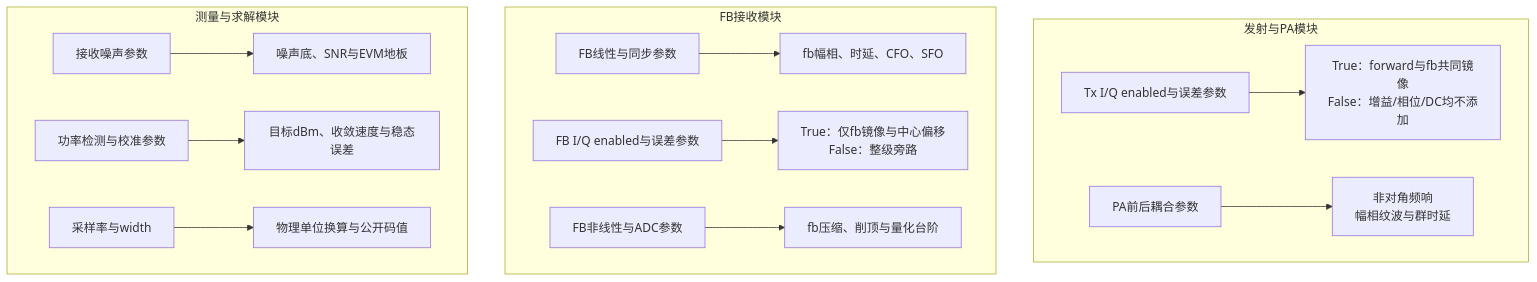
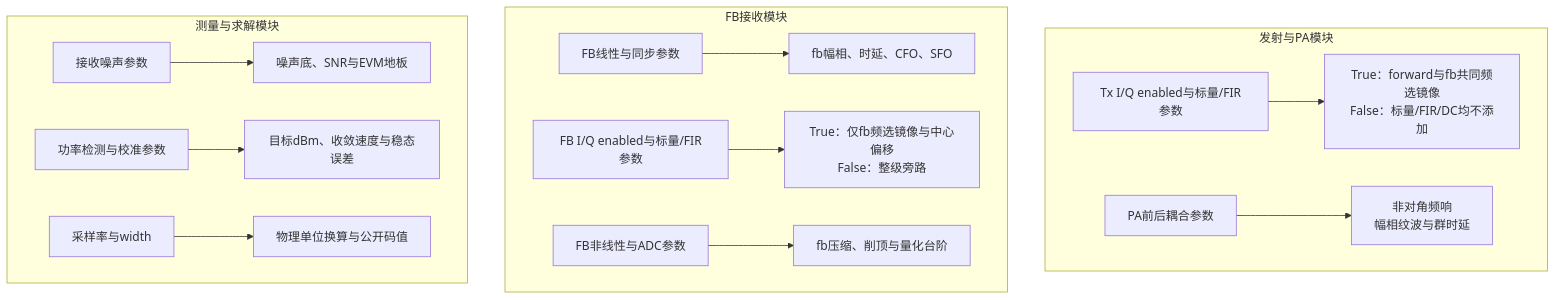
The sixth of 9 diagrams in doc/Channel.md (niyilu45/DPD_ILC), drawn with Mermaid before and after one commit. The commit also changed other lines of this file and 6 other files, not shown here.

````diff
--- a/doc/Channel.md
+++ b/doc/Channel.md
@@ -1199,17 +1243,17 @@
 ```mermaid
 flowchart TB
     subgraph transmitter["发射与PA模块"]
-        txIq["Tx I/Q enabled与误差参数"] --> txObs["True：forward与fb共同镜像<br/>False：增益/相位/DC均不添加"]
+        txIq["Tx I/Q enabled与标量/FIR参数"] --> txObs["True：forward与fb共同频选镜像<br/>False：标量/FIR/DC均不添加"]
         coupling["PA前后耦合参数"] --> couplingObs["非对角频响<br/>幅相纹波与群时延"]
     end
     subgraph feedback["FB接收模块"]
         fbSync["FB线性与同步参数"] --> syncObs["fb幅相、时延、CFO、SFO"]
-        fbIq["FB I/Q enabled与误差参数"] --> fbIqObs["True：仅fb镜像与中心偏移<br/>False：整级旁路"]
+        fbIq["FB I/Q enabled与标量/FIR参数"] --> fbIqObs["True：仅fb频选镜像与中心偏移<br/>False：整级旁路"]
         fbNonlinear["FB非线性与ADC参数"] --> fbNonlinearObs["fb压缩、削顶与量化台阶"]
     end
     subgraph measurement["测量与求解模块"]
         noise["接收噪声参数"] --> noiseObs["噪声底、SNR与EVM地板"]
         calibration["功率检测与校准参数"] --> calibrationObs["目标dBm、收敛速度与稳态误差"]
         interface["采样率与width"] --> interfaceObs["物理单位换算与公开码值"]
     end
 ```
````
